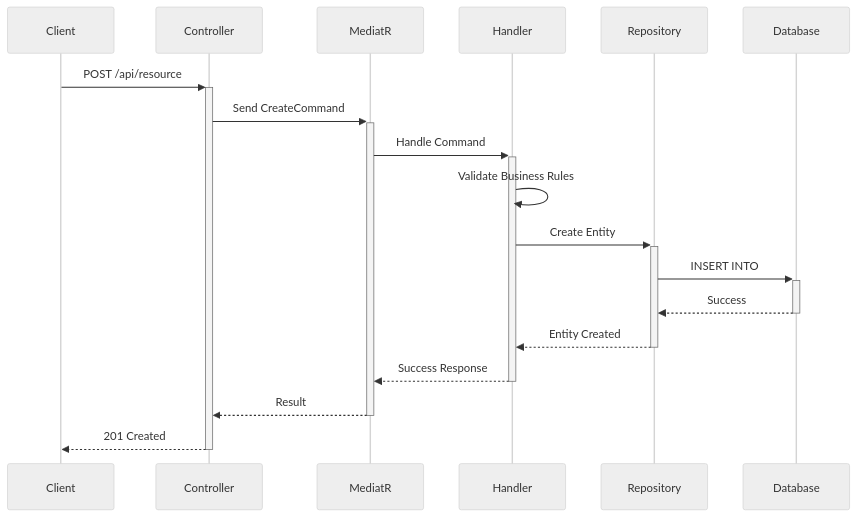
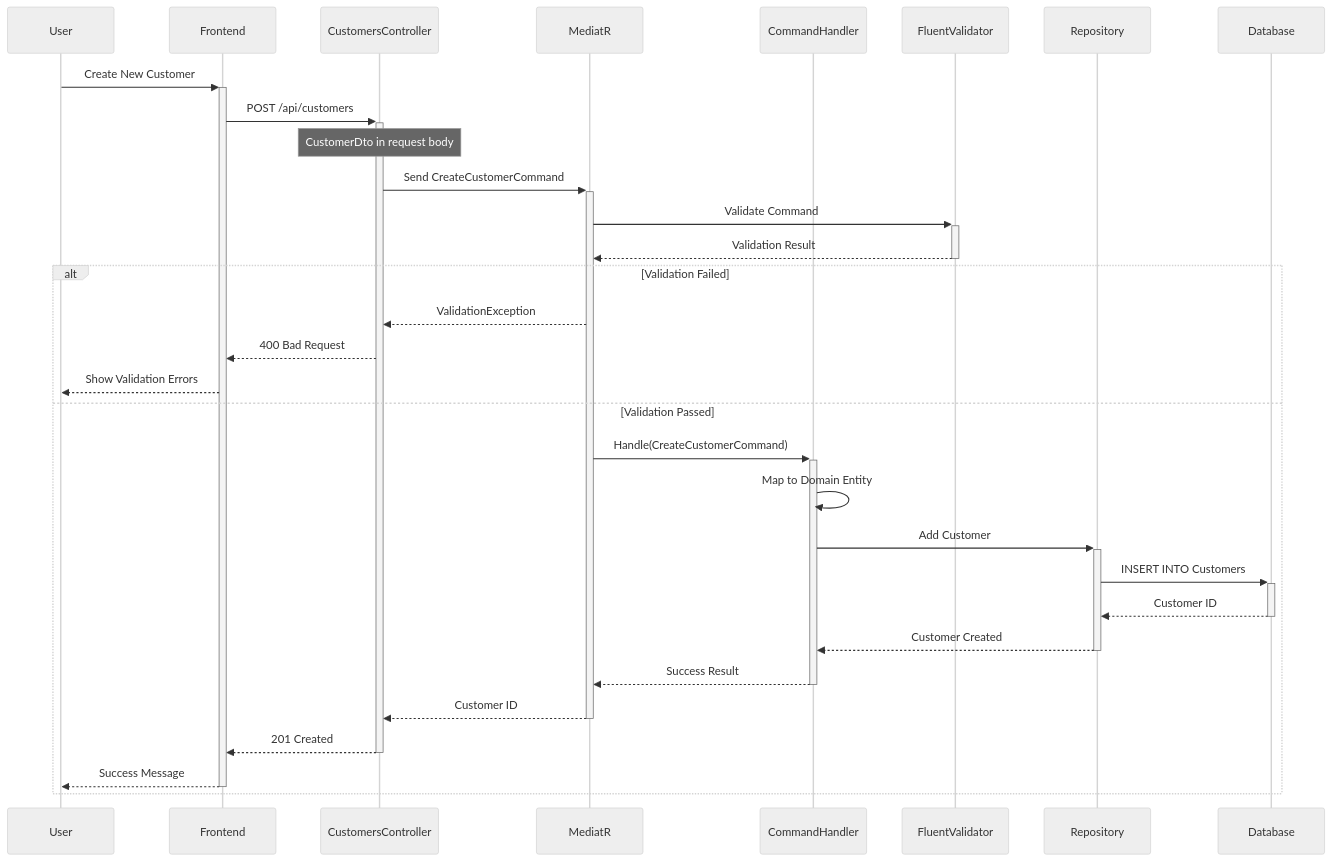
The third of 5 diagrams in testmapper.md (dbrijesh/uptime), drawn with Mermaid (neutral theme) before and after one commit. The commit also changed other lines of this file, not shown here.

````diff
--- a/testmapper.md
+++ b/testmapper.md
@@ -443,21 +372,34 @@
 ```mermaid
 sequenceDiagram
-    participant Client
-    participant Controller
+    participant User
+    participant UI as Frontend
+    participant API as CustomersController
     participant MediatR
-    participant Handler
-    participant Repository
-    participant Database
+    participant Handler as CommandHandler
+    participant Validator as FluentValidator
+    participant Repo as Repository
+    participant DB as Database
 
-    Client->>+Controller: POST /api/resource
-    Controller->>+MediatR: Send CreateCommand
-    MediatR->>+Handler: Handle Command
-    Handler->>Handler: Validate Business Rules
-    Handler->>+Repository: Create Entity
-    Repository->>+Database: INSERT INTO
-    Database-->>-Repository: Success
-    Repository-->>-Handler: Entity Created
-    Handler-->>-MediatR: Success Response
-    MediatR-->>-Controller: Result
-    Controller-->>-Client: 201 Created
+    User->>+UI: Create New Customer
+    UI->>+API: POST /api/customers
+    Note over API: CustomerDto in request body
+    API->>+MediatR: Send CreateCustomerCommand
+    MediatR->>+Validator: Validate Command
+    Validator-->>-MediatR: Validation Result
+    alt Validation Failed
+        MediatR-->>API: ValidationException
+        API-->>UI: 400 Bad Request
+        UI-->>User: Show Validation Errors
+    else Validation Passed
+        MediatR->>+Handler: Handle(CreateCustomerCommand)
+        Handler->>Handler: Map to Domain Entity
+        Handler->>+Repo: Add Customer
+        Repo->>+DB: INSERT INTO Customers
+        DB-->>-Repo: Customer ID
+        Repo-->>-Handler: Customer Created
+        Handler-->>-MediatR: Success Result
+        MediatR-->>-API: Customer ID
+        API-->>-UI: 201 Created
+        UI-->>-User: Success Message
+    end
 ```
````
